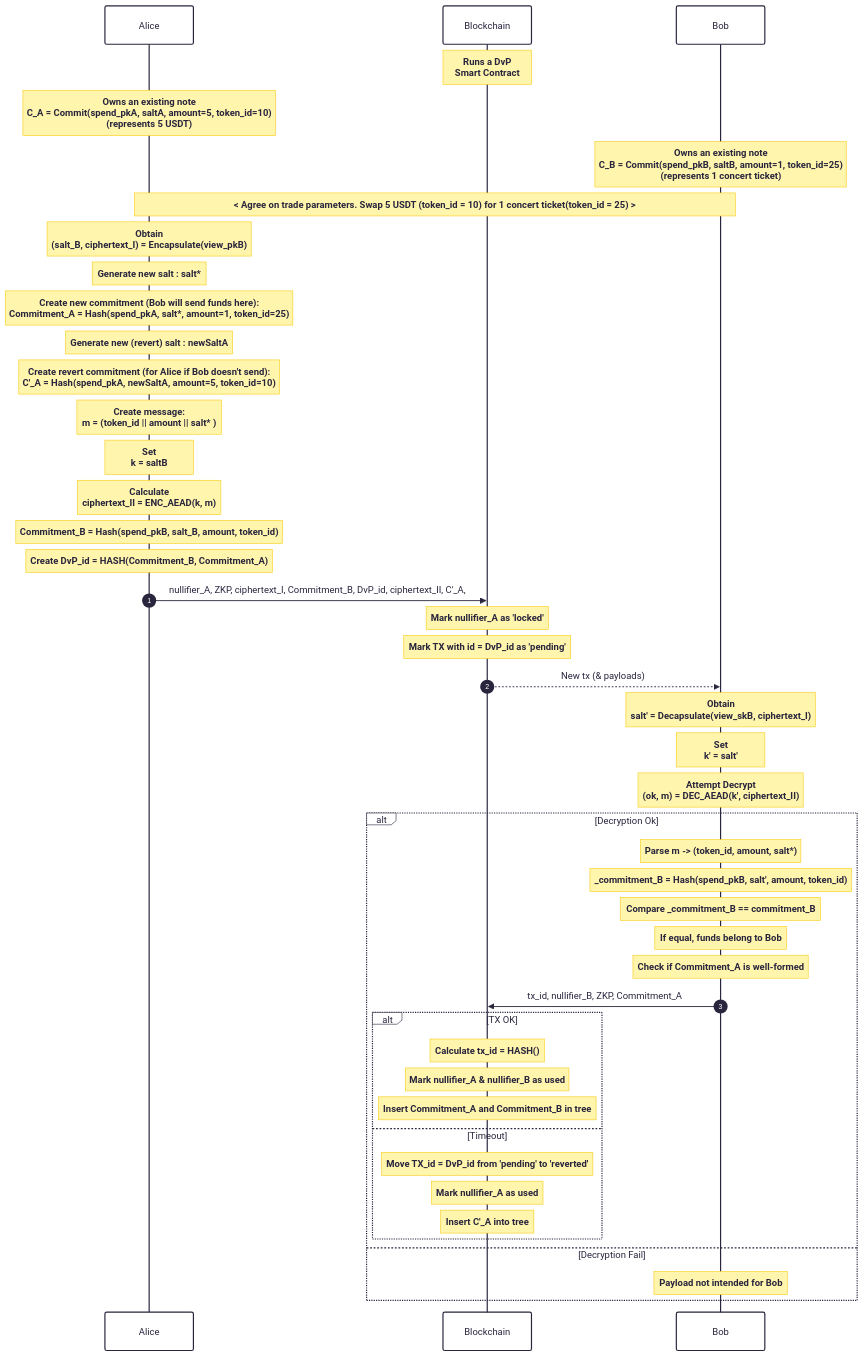
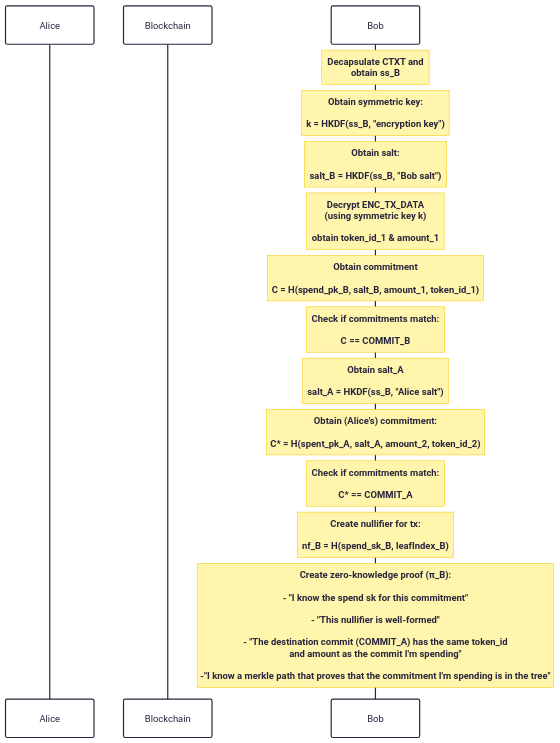
One commit to yaksetig/Enygma changed the fifth of 7 diagrams in enygma_dvp/protocol_description.md. Above: the diagram before and after it, drawn with Mermaid. The commit also changed other lines of this file, not shown here.

Commit message:
final version

````diff
--- a/enygma_dvp/protocol_description.md
+++ b/enygma_dvp/protocol_description.md
@@ -205,75 +223,38 @@
 ```mermaid
 ---
 config:
   theme: redux
+  look: handDrawn
 ---
 sequenceDiagram
     autonumber
+
     participant Alice
     participant Chain as Blockchain
     participant Bob
 
-    note over Chain: Runs a DvP<br>Smart Contract
-
-    Note over Alice: Owns an existing note<br>C_A = Commit(spend_pkA, saltA, amount=5, token_id=10)<br>(represents 5 USDT)
-    Note over Bob: Owns an existing note<br>C_B = Commit(spend_pkB, saltB, amount=1, token_id=25)<br>(represents 1 concert ticket)
-
-    note over Alice, Bob: < Agree on trade parameters. Swap 5 USDT (token_id = 10) for 1 concert ticket(token_id = 25) >
-
-    note over Alice: Obtain <br>(salt_B, ciphertext_I) = Encapsulate(view_pkB)
-
-    note over Alice: Generate new salt : salt*
-    note over Alice: Create new commitment (Bob will send funds here): <br>Commitment_A = Hash(spend_pkA, salt*, amount=1, token_id=25)
-
-    note over Alice: Generate new (revert) salt : newSaltA
-    note over Alice: Create revert commitment (for Alice if Bob doesn't send): <br>C'_A = Hash(spend_pkA, newSaltA, amount=5, token_id=10)
+    note over Bob: Decapsulate CTXT and<br>obtain ss_B
 
 
+    note over Bob: Obtain symmetric key:<br><br> k = HKDF(ss_B, "encryption key")
 
-    note over Alice: Create message:<br> m = (token_id || amount || salt* )
-    note over Alice: Set<br> k = saltB
+    note over Bob: Obtain salt:<br><br> salt_B = HKDF(ss_B, "Bob salt")
 
-    note over Alice: Calculate<br> ciphertext_II = ENC_AEAD(k, m)
 
-    note over Alice: Commitment_B = Hash(spend_pkB, salt_B, amount, token_id)
+    note over Bob: Decrypt ENC_TX_DATA<br>(using symmetric key k)<br><br>obtain token_id_1 & amount_1
 
-    note over Alice: Create DvP_id = HASH(Commitment_B, Commitment_A)
+    note over Bob: Obtain commitment<br><br>C = H(spend_pk_B, salt_B, amount_1, token_id_1)
+    note over Bob: Check if commitments match: <br><br>C == COMMIT_B
 
-    Alice->>Chain: nullifier_A, ZKP, ciphertext_I, Commitment_B, DvP_id, ciphertext_II, C'_A,
+    note over Bob: Obtain salt_A<br><br>salt_A = HKDF(ss_B, "Alice salt")
 
-    Note over Chain: Mark nullifier_A as 'locked'
-    Note over Chain: Mark TX with id = DvP_id as 'pending'
+    note over Bob: Obtain (Alice's) commitment:<br><br>C* = H(spent_pk_A, salt_A, amount_2, token_id_2)
 
-    Chain-->>Bob: New tx (& payloads)
+    note over Bob: Check if commitments match:<br><br>C* == COMMIT_A
 
-    note over Bob: Obtain<br>salt' = Decapsulate(view_skB, ciphertext_I)
-    note over Bob: Set<br> k' = salt'
-    note over Bob: Attempt Decrypt<br>(ok, m) = DEC_AEAD(k', ciphertext_II)
+    note over Bob: Create nullifier for tx: <br><br>nf_B = H(spend_sk_B, leafIndex_B)
 
-    alt Decryption Ok
-        Note over Bob: Parse m -> (token_id, amount, salt*)
-        Note over Bob: _commitment_B = Hash(spend_pkB, salt', amount, token_id)
-        Note over Bob: Compare _commitment_B == commitment_B
+    note over Bob: Create zero-knowledge proof (π_B):<br><br> - "I know the spend sk for this commitment"<br><br> - "This nullifier is well-formed"<br><br>- "The destination commit (COMMIT_A) has the same token_id<br>and amount as the commit I'm spending"<br><br>-"I know a merkle path that proves that the commitment I'm spending is in the tree"
 
-        Note over Bob: If equal, funds belong to Bob
-
-        Note over Bob: Check if Commitment_A is well-formed
-
-        Bob ->> Chain: tx_id, nullifier_B, ZKP, Commitment_A
-
-        alt TX OK
-            Note over Chain: Calculate tx_id = HASH()
-            Note over Chain: Mark nullifier_A & nullifier_B as used
-
-            Note over Chain: Insert Commitment_A and Commitment_B in tree
-        else Timeout
-            Note over Chain: Move TX_id = DvP_id from 'pending' to 'reverted'
-            Note over Chain: Mark nullifier_A as used
-            Note over Chain: Insert C'_A into tree
-        end
-
-    else Decryption Fail
-        Note over Bob: Payload not intended for Bob
-    end
 
 ```
````
